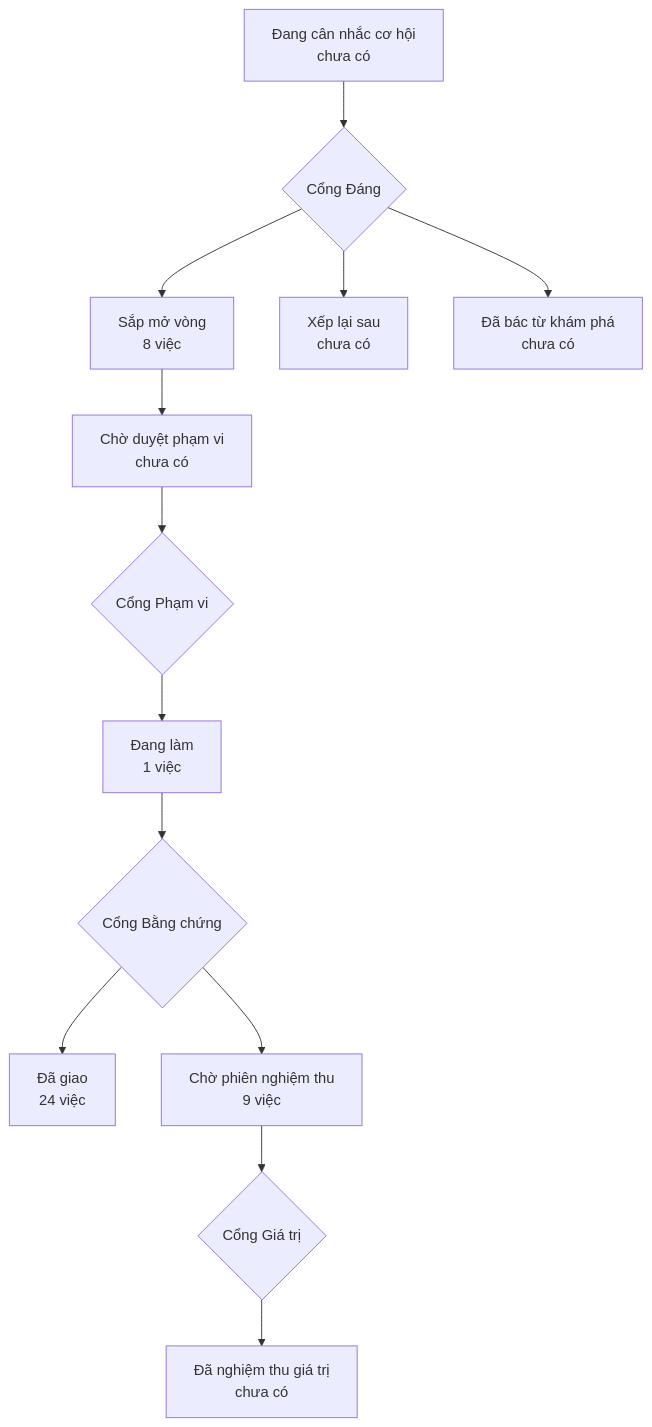
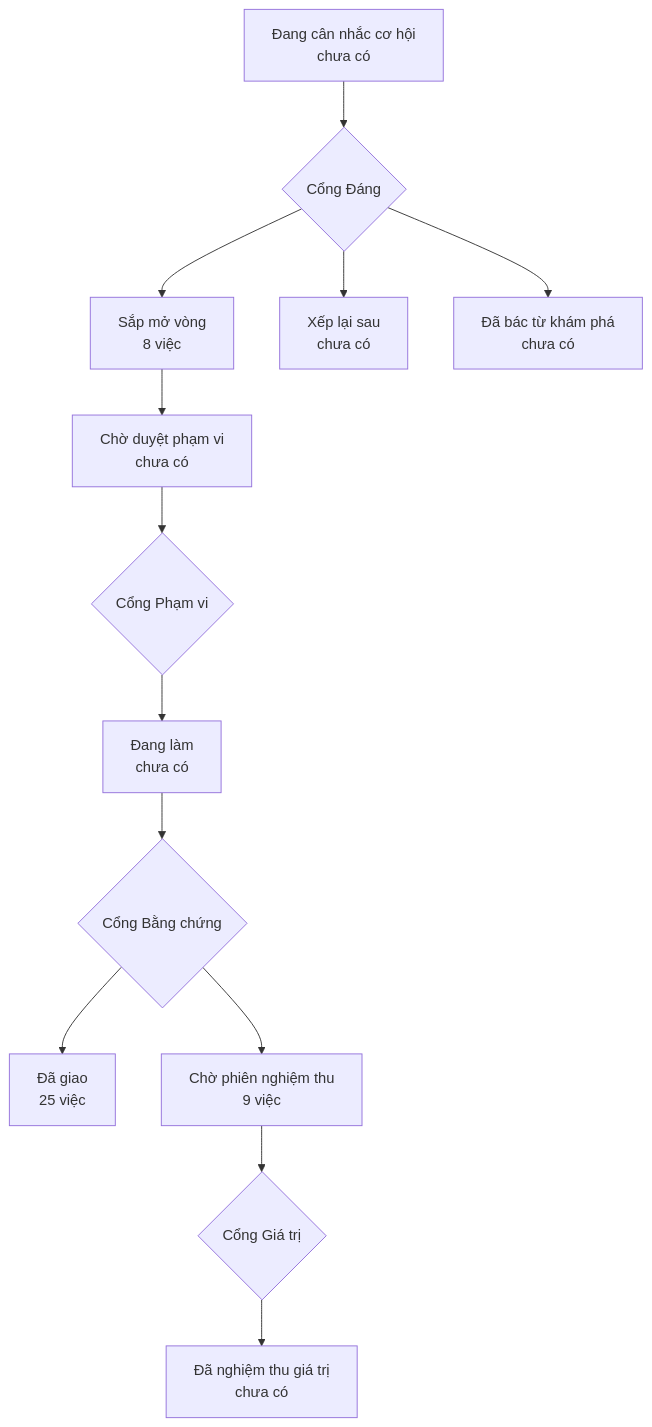
Before and after one commit to phanlemanh/onehub-invest: the diagram in PRODUCT-MAP.md, drawn with Mermaid. The commit also changed other lines of this file and 4 other files, not shown here.

````diff
--- a/PRODUCT-MAP.md
+++ b/PRODUCT-MAP.md
@@ -7,12 +7,12 @@
 ```mermaid
 flowchart TD
   A["Đang cân nhắc cơ hội<br/>chưa có"] --> GD{"Cổng Đáng"}
   GD --> B["Sắp mở vòng<br/>8 việc"]
   GD --> XL["Xếp lại sau<br/>chưa có"]
   GD --> DB["Đã bác từ khám phá<br/>chưa có"]
   B --> CD["Chờ duyệt phạm vi<br/>chưa có"] --> GP{"Cổng Phạm vi"}
-  GP --> DL["Đang làm<br/>1 việc"] --> GB{"Cổng Bằng chứng"}
-  GB --> DG["Đã giao<br/>24 việc"]
+  GP --> DL["Đang làm<br/>chưa có"] --> GB{"Cổng Bằng chứng"}
+  GB --> DG["Đã giao<br/>25 việc"]
   GB --> CN["Chờ phiên nghiệm thu<br/>9 việc"] --> GG{"Cổng Giá trị"}
   GG --> NT["Đã nghiệm thu giá trị<br/>chưa có"]
 ```
````
